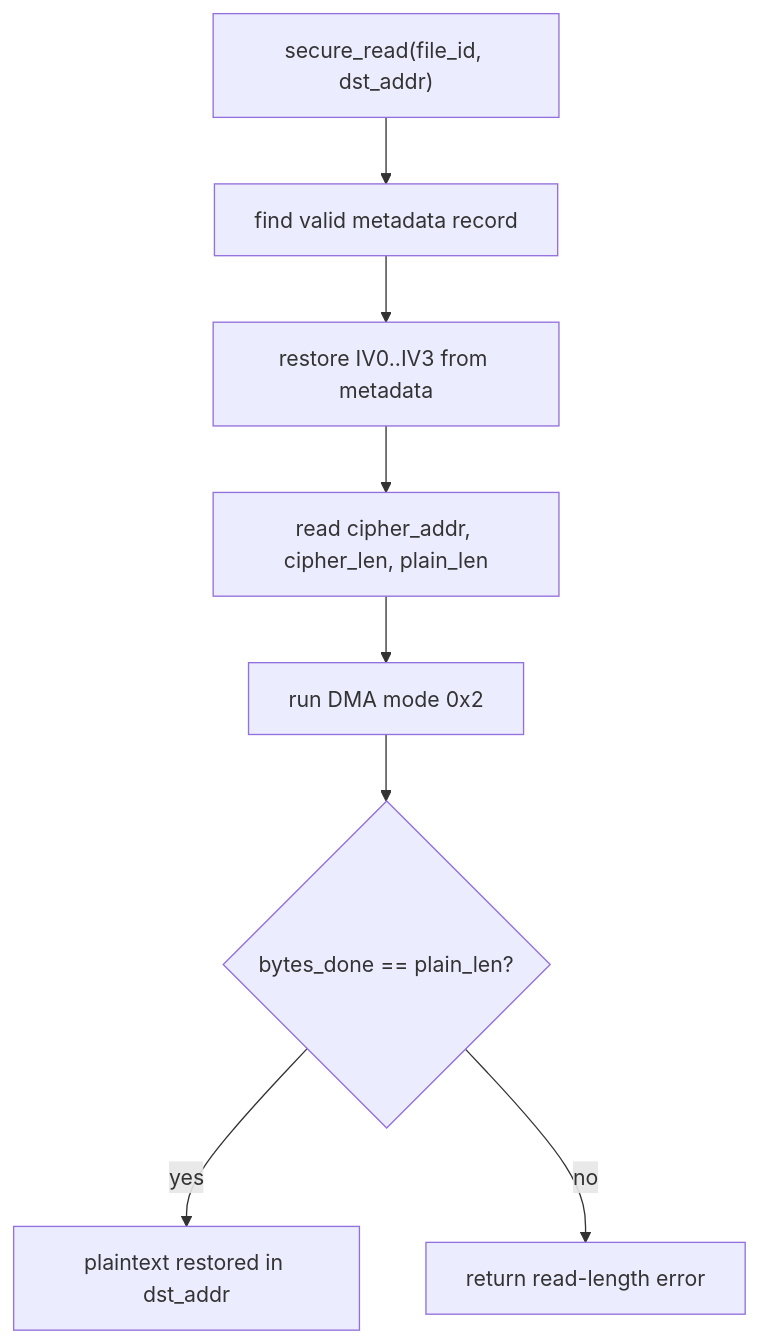
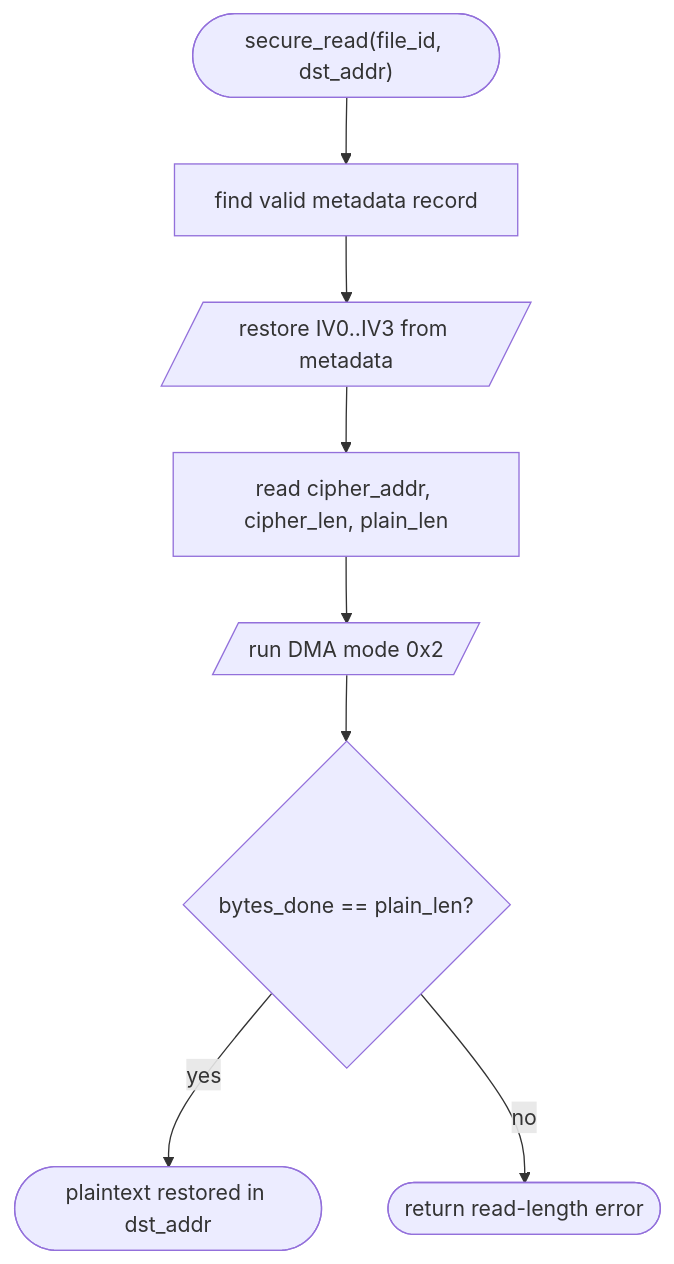
Before and after one commit to ngoquocan139/AES_huffman_all6: the third of 5 diagrams in docs/00_current_system_spec.md, drawn with Mermaid. The commit also changed other lines of this file and 28 other files, not shown here.

````diff
--- a/docs/00_current_system_spec.md
+++ b/docs/00_current_system_spec.md
@@ -252,10 +252,10 @@
 ```mermaid
 flowchart TD
-  A["secure_read(file_id, dst_addr)"] --> B["find valid metadata record"]
-  B --> C["restore IV0..IV3 from metadata"]
+  A(["secure_read(file_id, dst_addr)"]) --> B["find valid metadata record"]
+  B --> C[/"restore IV0..IV3 from metadata"/]
   C --> D["read cipher_addr, cipher_len, plain_len"]
-  D --> E["run DMA mode 0x2"]
+  D --> E[/"run DMA mode 0x2"/]
   E --> F{"bytes_done == plain_len?"}
-  F -->|"yes"| G["plaintext restored in dst_addr"]
-  F -->|"no"| H["return read-length error"]
+  F -->|"yes"| G(["plaintext restored in dst_addr"])
+  F -->|"no"| H(["return read-length error"])
 ```
````
